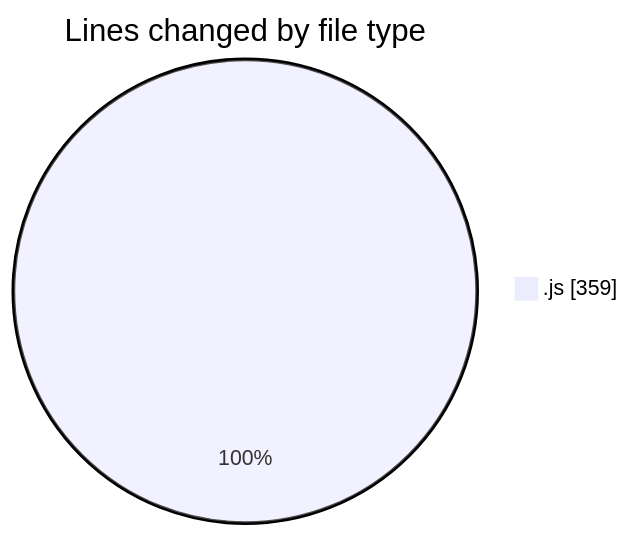
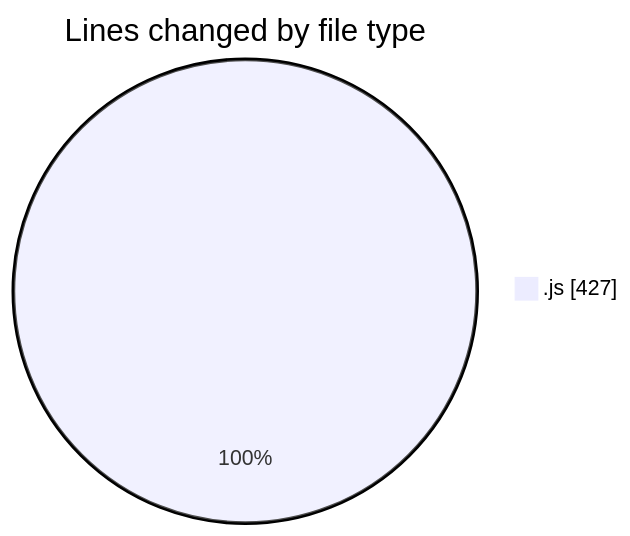
Before and after one commit to Ritupan-Deka/code-tracking: the first of 2 diagrams in 2025-07-20/mern-workoutboard/README.md, drawn with Mermaid. The commit also changed other lines of this file and 1 other file, not shown here.

````diff
--- a/2025-07-20/mern-workoutboard/README.md
+++ b/2025-07-20/mern-workoutboard/README.md
@@ -23,5 +24,5 @@
 ```mermaid
 pie showData
 title Lines changed by file type
-".js" : 359
+".js" : 427
 ```
````
